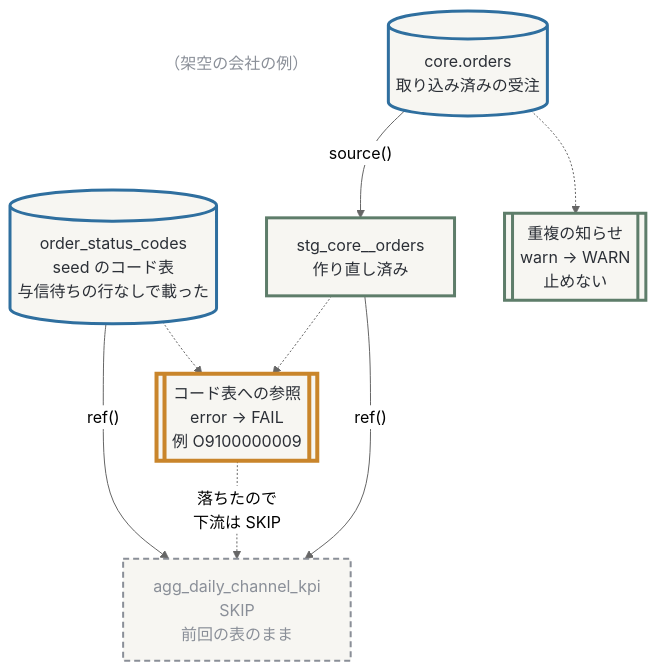
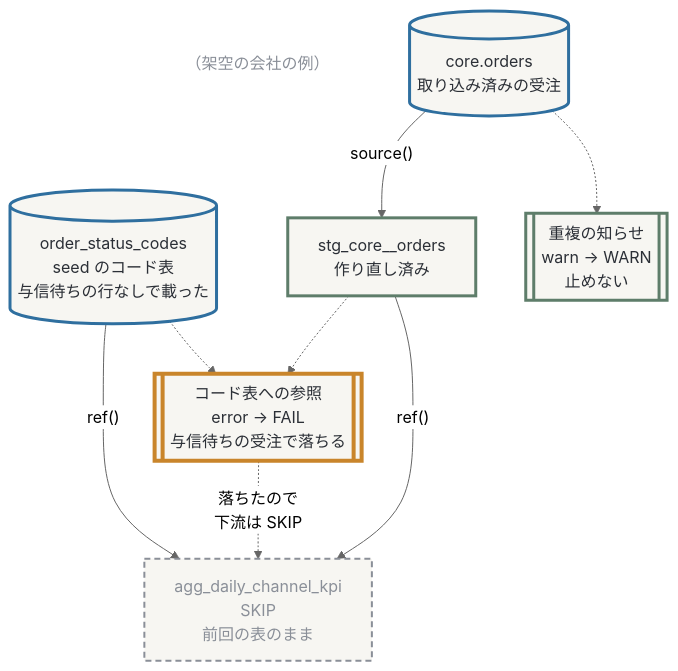
Before and after one commit to e8dev-note/zenn-content: the fifth of 5 diagrams in articles/dbt-ep1-data-tests.md, drawn with Mermaid (neutral theme). The commit also changed other lines of this file and 1 other file, not shown here.

````diff
--- a/articles/dbt-ep1-data-tests.md
+++ b/articles/dbt-ep1-data-tests.md
@@ -695,22 +734,22 @@
 ```mermaid
 flowchart TB
   fictional["（架空の会社の例）"]:::note
   core_orders[("core.orders<br/>取り込み済みの受注")]:::data
   order_status_codes[("order_status_codes<br/>seed のコード表<br/>与信待ちの行なしで載った")]:::data
   dup_test[["重複の知らせ<br/>warn → WARN<br/>止めない"]]:::proc
   stg_core__orders["stg_core__orders<br/>作り直し済み"]:::proc
-  rel_test[["コード表への参照<br/>error → FAIL<br/>例 O9100000009"]]:::alert
+  rel_test[["コード表への参照<br/>error → FAIL<br/>与信待ちの受注で落ちる"]]:::alert
   agg_daily_channel_kpi["agg_daily_channel_kpi<br/>SKIP<br/>前回の表のまま"]:::skip
   core_orders -.-> dup_test
   core_orders -->|"source()"| stg_core__orders
   stg_core__orders -->|"ref()"| agg_daily_channel_kpi
   stg_core__orders -.-> rel_test
   order_status_codes -.-> rel_test
   order_status_codes -->|"ref()"| agg_daily_channel_kpi
   rel_test -.->|"落ちたので<br/>下流は SKIP"| agg_daily_channel_kpi
   classDef data fill:#F7F6F2,stroke:#2F6F9F,stroke-width:3px,color:#2B2F36
   classDef proc fill:#F7F6F2,stroke:#5E7D6A,stroke-width:3px,color:#2B2F36
   classDef alert fill:#F7F6F2,stroke:#C9852B,stroke-width:4px,color:#2B2F36
   classDef skip fill:#F7F6F2,stroke:#8A8F98,stroke-width:2px,stroke-dasharray:6 4,color:#8A8F98
   classDef note fill:none,stroke:none,color:#8A8F98
 ```
````
